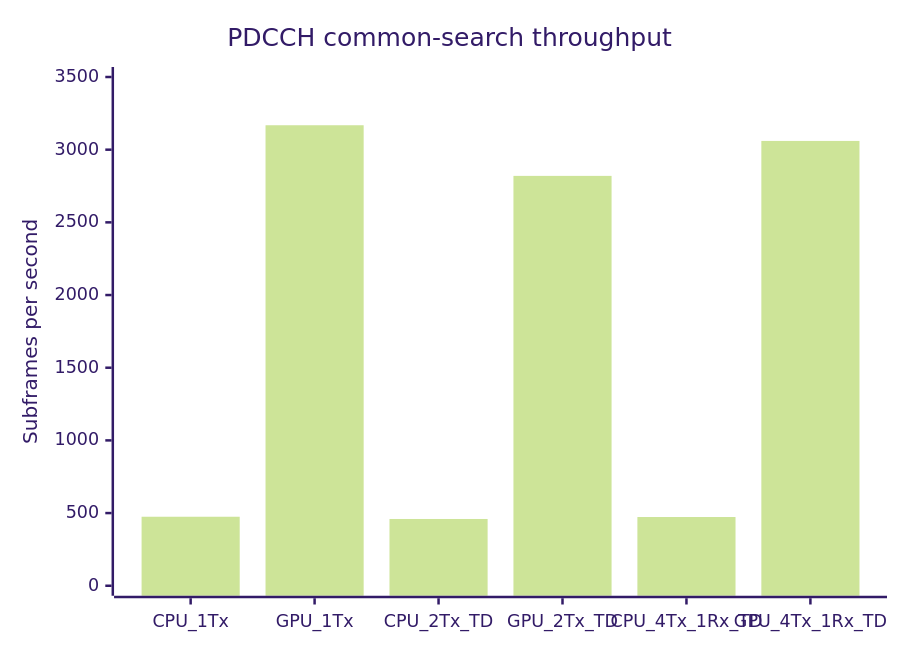
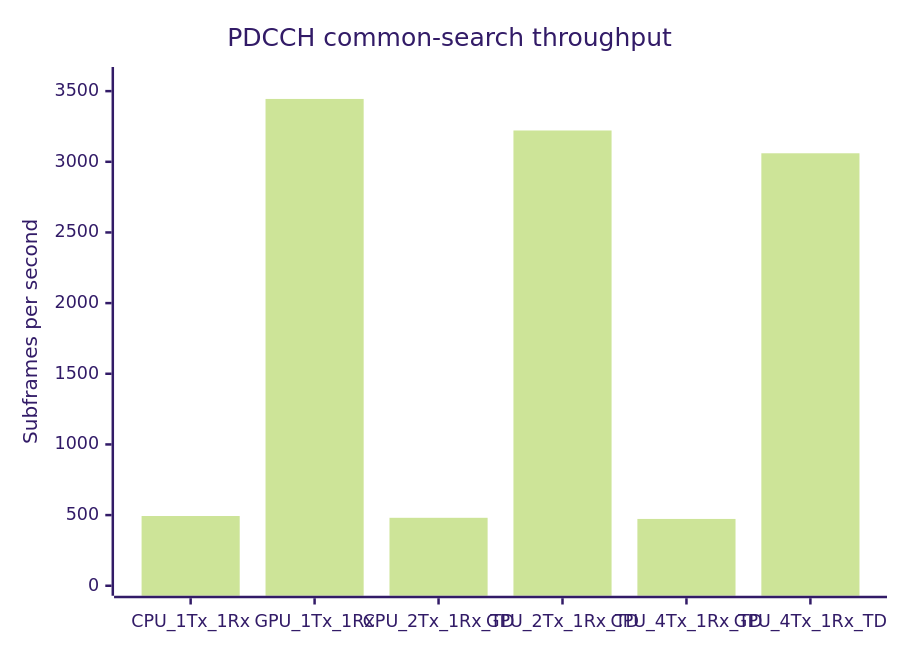
One commit to Wiseung/MMSE_CPP changed the diagram in docs/pdcch_cpu_gpu_performance_analysis_2026-07-14.md. Above: the diagram before and after it, drawn with Mermaid (forest theme). The commit also changed other lines of this file and 17 other files, not shown here.

First line of the commit message:
Retest PDCCH CPU and GPU benchmarks with 1Rx (#44)

````diff
--- a/docs/pdcch_cpu_gpu_performance_analysis_2026-07-14.md
+++ b/docs/pdcch_cpu_gpu_performance_analysis_2026-07-14.md
@@ -71,7 +72,7 @@
 ```mermaid
 xychart-beta
     title "PDCCH common-search throughput"
-    x-axis [CPU_1Tx, GPU_1Tx, CPU_2Tx_TD, GPU_2Tx_TD, CPU_4Tx_1Rx_TD, GPU_4Tx_1Rx_TD]
-    y-axis "Subframes per second" 0 --> 3500
-    bar [474.78, 3168.09, 459.34, 2819.76, 472.81, 3060.21]
+    x-axis [CPU_1Tx_1Rx, GPU_1Tx_1Rx, CPU_2Tx_1Rx_TD, GPU_2Tx_1Rx_TD, CPU_4Tx_1Rx_TD, GPU_4Tx_1Rx_TD]
+    y-axis "Subframes per second" 0 --> 3600
+    bar [493.46, 3444.77, 480.88, 3221.55, 472.81, 3060.21]
 ```
````
